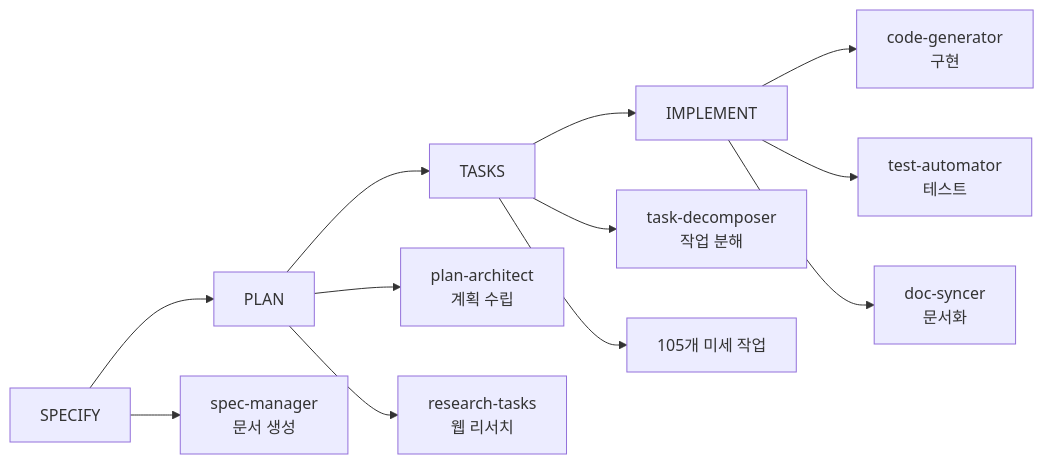
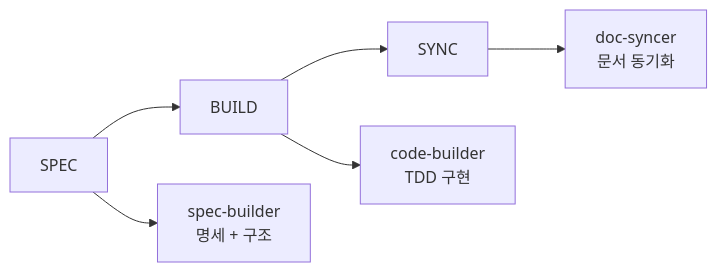
One commit to modu-ai/moai-adk changed the first of 2 diagrams in docs/MOAI-ADK-0.2.0-GUIDE.md. Above: the diagram before and after it, drawn with Mermaid. The commit also changed other lines of this file and 18 other files, not shown here.

````diff
--- a/docs/MOAI-ADK-0.2.0-GUIDE.md
+++ b/docs/MOAI-ADK-0.2.0-GUIDE.md
@@ -62,13 +64,8 @@
 ```mermaid
 graph LR
-    A[SPECIFY] --> B[PLAN] --> C[TASKS] --> D[IMPLEMENT]
+    A[SPEC] --> B[BUILD] --> C[SYNC]
 
-    A --> A1[spec-manager<br/>문서 생성]
-    B --> B1[plan-architect<br/>계획 수립]
-    B --> B2[research-tasks<br/>웹 리서치]
-    C --> C1[task-decomposer<br/>작업 분해]
-    C --> C2[105개 미세 작업]
-    D --> D1[code-generator<br/>구현]
-    D --> D2[test-automator<br/>테스트]
-    D --> D3[doc-syncer<br/>문서화]
+    A --> A1[spec-builder<br/>명세 + 구조]
+    B --> B1[code-builder<br/>TDD 구현]
+    C --> C1[doc-syncer<br/>문서 동기화]
 ```
````
